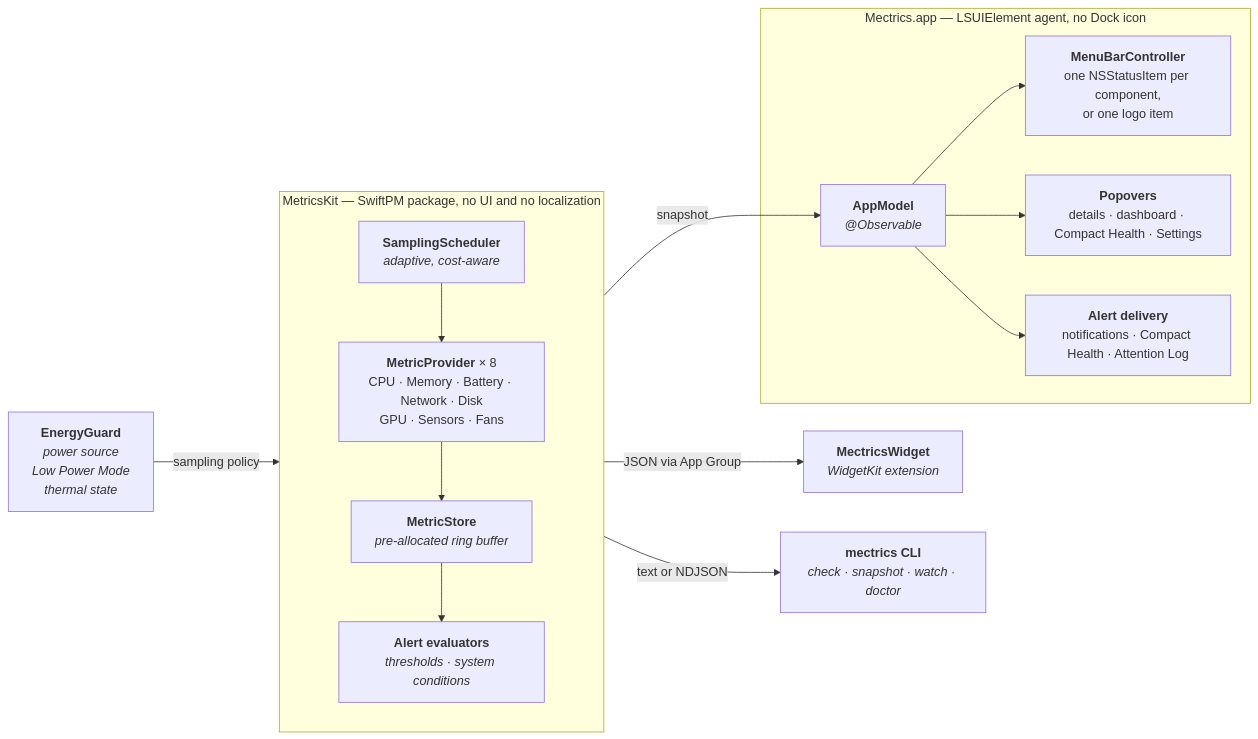
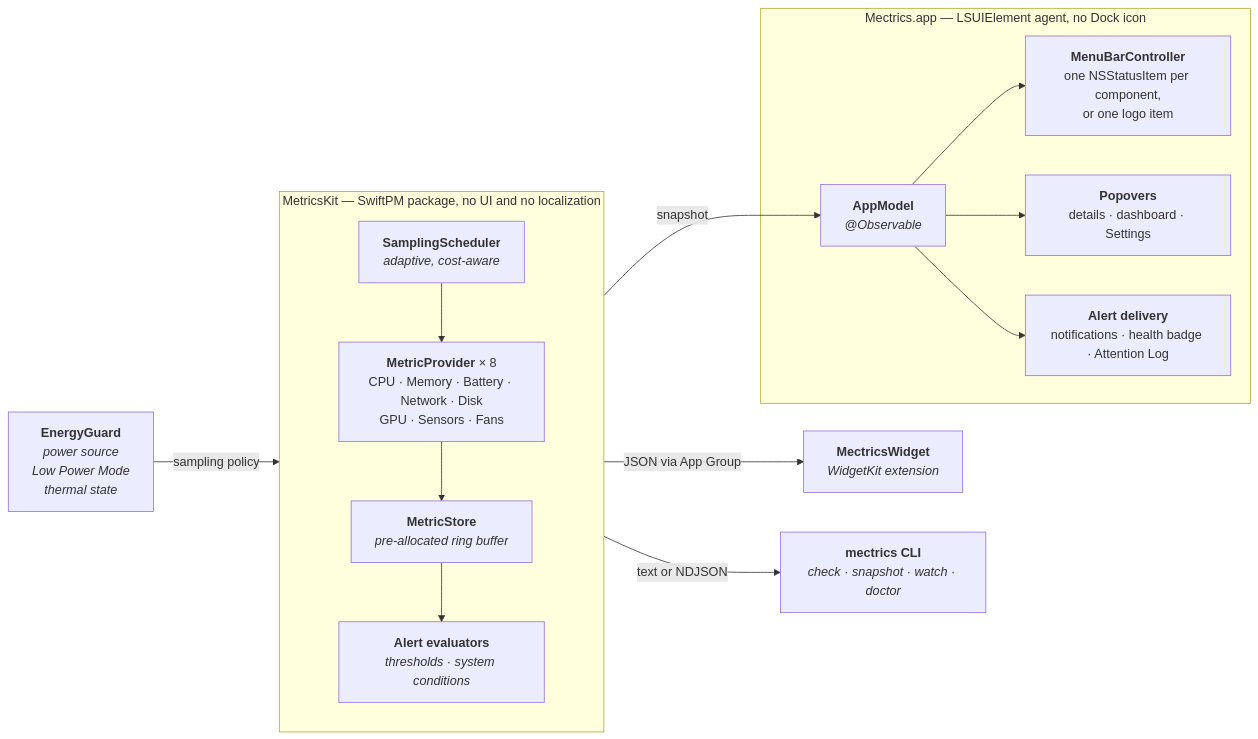
Before and after one commit to andostronaut/mectrics: the diagram in docs/architecture.md, drawn with Mermaid. The commit also changed other lines of this file and 17 other files, not shown here.

````diff
--- a/docs/architecture.md
+++ b/docs/architecture.md
@@ -13,32 +13,32 @@
 ```mermaid
 flowchart LR
     EG["<b>EnergyGuard</b><br/><i>power source</i><br/><i>Low Power Mode</i><br/><i>thermal state</i>"]
 
     subgraph kit["MetricsKit — SwiftPM package, no UI and no localization"]
         direction TB
         SS["<b>SamplingScheduler</b><br/><i>adaptive, cost-aware</i>"]
         PR["<b>MetricProvider</b> × 8<br/>CPU · Memory · Battery · Network · Disk<br/>GPU · Sensors · Fans"]
         ST["<b>MetricStore</b><br/><i>pre-allocated ring buffer</i>"]
         AE["<b>Alert evaluators</b><br/><i>thresholds · system conditions</i>"]
         SS --> PR --> ST
         ST --> AE
     end
 
     subgraph app["Mectrics.app — LSUIElement agent, no Dock icon"]
         AM["<b>AppModel</b><br/><i>@Observable</i>"]
         MB["<b>MenuBarController</b><br/>one NSStatusItem per component,<br/>or one logo item"]
-        PO["<b>Popovers</b><br/>details · dashboard · Compact Health · Settings"]
-        AL["<b>Alert delivery</b><br/>notifications · Compact Health · Attention Log"]
+        PO["<b>Popovers</b><br/>details · dashboard · Settings"]
+        AL["<b>Alert delivery</b><br/>notifications · health badge · Attention Log"]
         AM --> MB
         AM --> PO
         AM --> AL
     end
 
     WG["<b>MectricsWidget</b><br/><i>WidgetKit extension</i>"]
     CLI["<b>mectrics CLI</b><br/><i>check · snapshot · watch · doctor</i>"]
 
     EG -->|"sampling policy"| SS
     ST -->|"snapshot"| AM
     ST -->|"JSON via App Group"| WG
     AE -->|"text or NDJSON"| CLI
 ```
````
